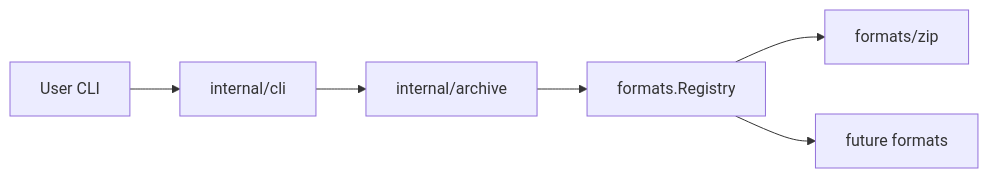
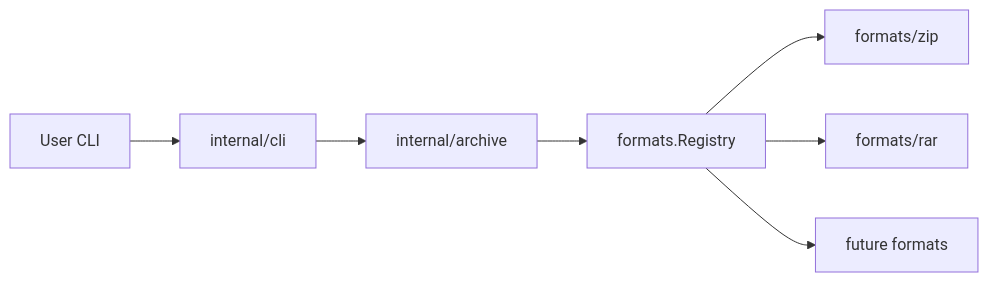
The diagram in README.md (fr13dman/zipstar), drawn with Mermaid before and after one commit. The commit also changed other lines of this file and 57 other files, not shown here.

````diff
--- a/README.md
+++ b/README.md
@@ -26,8 +26,9 @@
 ```mermaid
 flowchart LR
   user[User CLI] --> cli[internal/cli]
   cli --> orch[internal/archive]
   orch --> reg[formats.Registry]
   reg --> zip[formats/zip]
+  reg --> rar[formats/rar]
   reg --> future[future formats]
 ```
````
